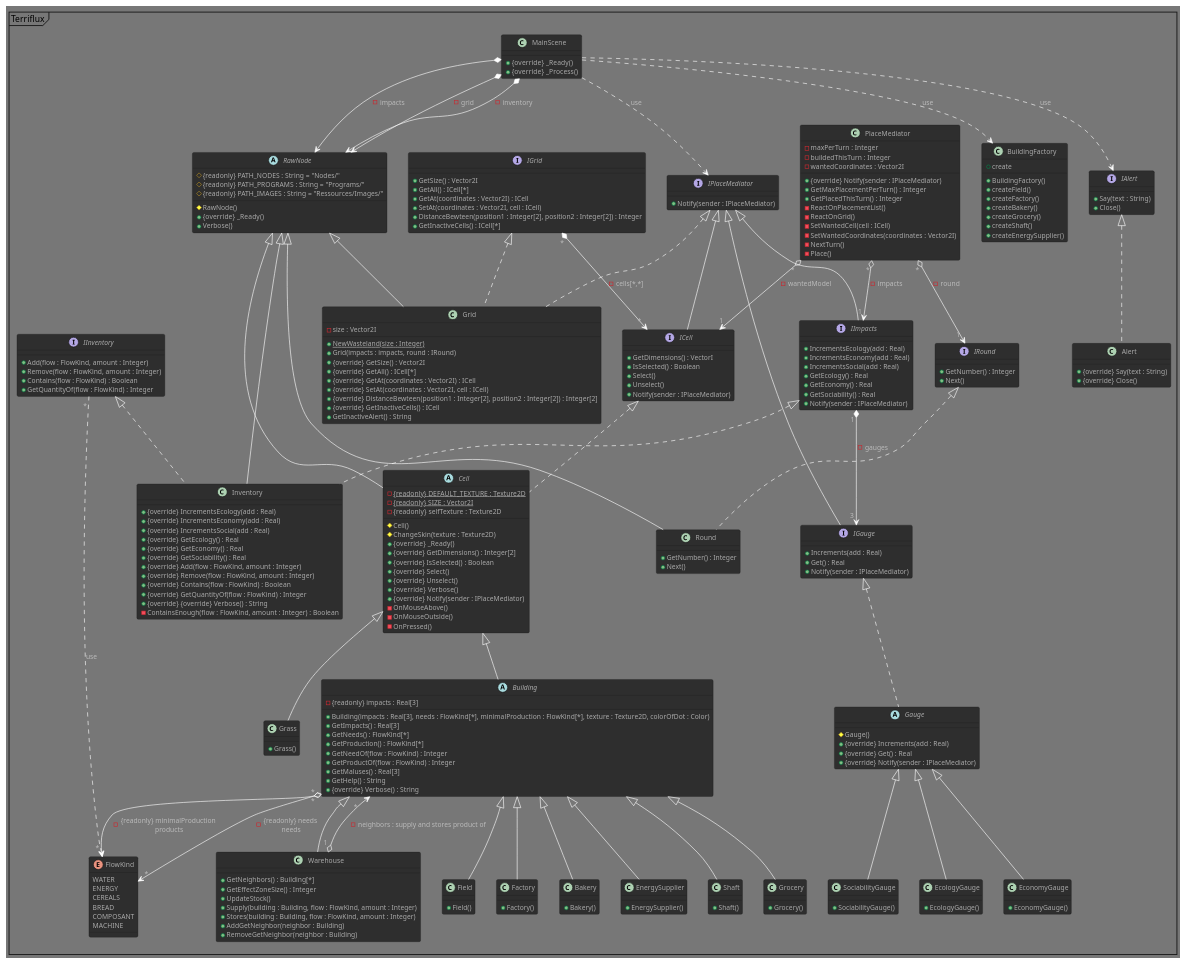
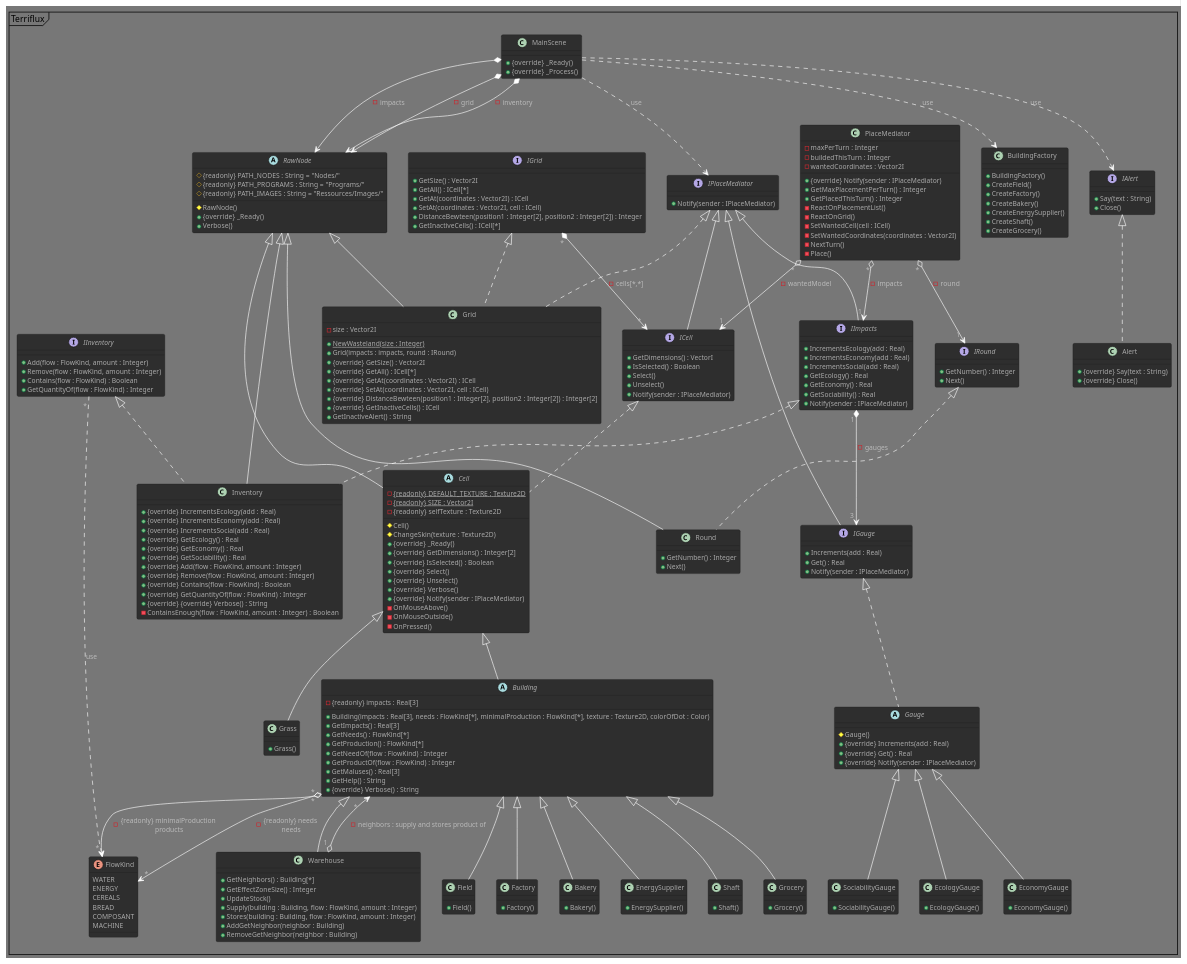
The diagram in Terriflux.puml (Spidermatou/Terriflux), drawn with PlantUML before and after one commit. The commit also changed 2 other files, not shown here.

Commit message:
Add BuildingFactory

```diff
--- a/Terriflux.puml
+++ b/Terriflux.puml
@@ -129,13 +129,12 @@
 class BuildingFactory
 {
     + BuildingFactory()
-    + createField()
-    + createFactory()
-    + createBakery()
-    + createGrocery()
-    + createShaft()
-    + createEnergySupplier() 
-    + create
+    + CreateField()
+    + CreateFactory()
+    + CreateBakery()
+    + CreateEnergySupplier() 
+    + CreateShaft()
+    + CreateGrocery()
 }
 
 /' ROUNDS '/
```
